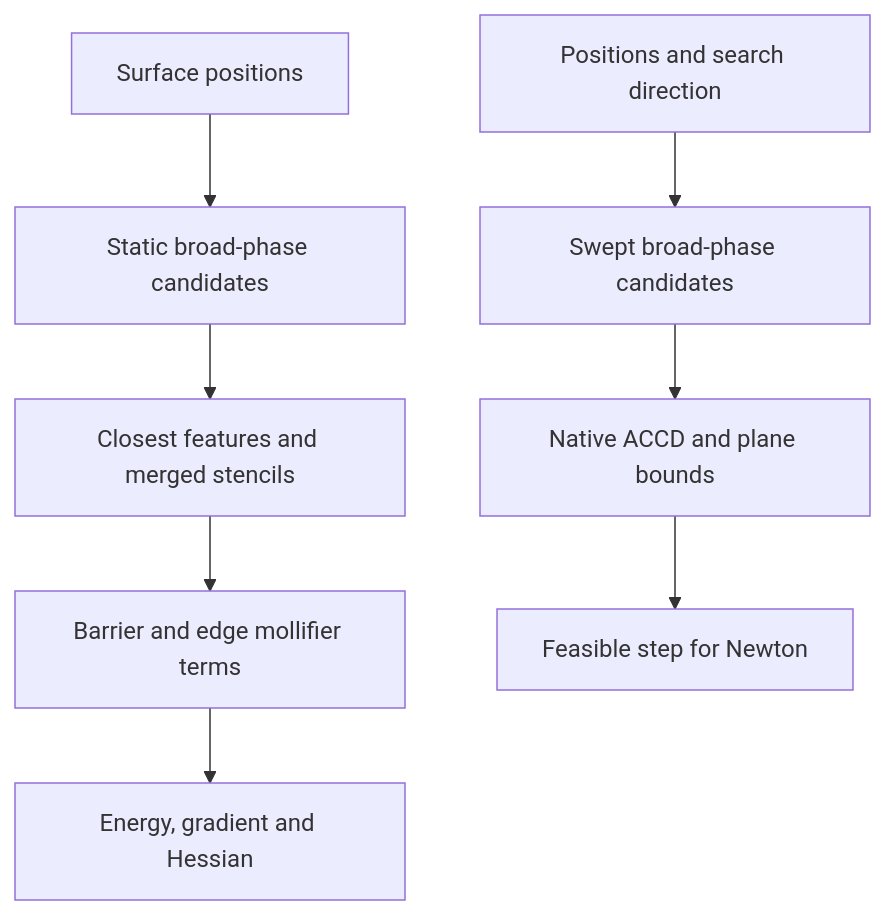
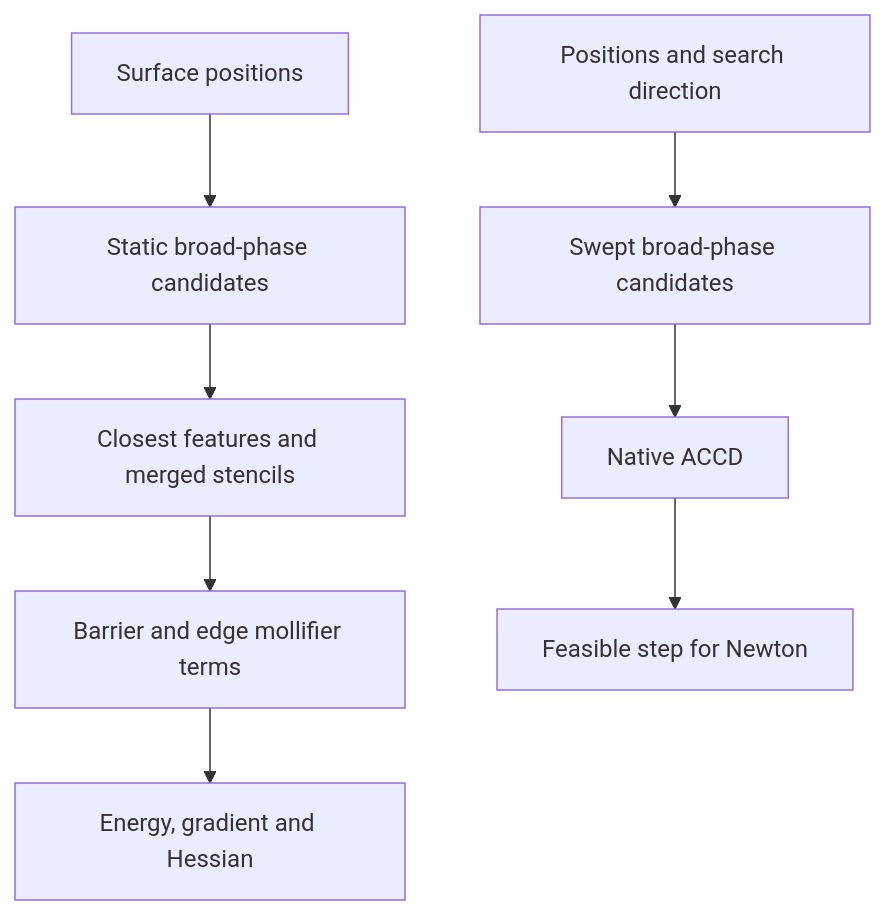
Before and after one commit to annajcy/litepgo: the diagram in docs/guide/contact/index.md, drawn with Mermaid. The commit also changed 42 other files, not shown here.

````diff
--- a/docs/guide/contact/index.md
+++ b/docs/guide/contact/index.md
@@ -14,12 +14,12 @@
 ```mermaid
 flowchart TB
   accTitle: Native contact evaluation and collision-step paths
   accDescr: Current surface positions produce static broad-phase candidates, active features and barrier assembly. Positions plus a direction produce swept candidates and conservative CCD step bounds. Both paths use the chosen broad-phase backend.
   current["Surface positions"] --> broad["Static broad-phase candidates"]
   broad --> active["Closest features and merged stencils"]
   active --> barrier["Barrier and edge mollifier terms"]
   barrier --> assembled["Energy, gradient and Hessian"]
   motion["Positions and search direction"] --> swept["Swept broad-phase candidates"]
-  swept --> ccd["Native ACCD and plane bounds"]
+  swept --> ccd["Native ACCD"]
   ccd --> step["Feasible step for Newton"]
 ```
````
